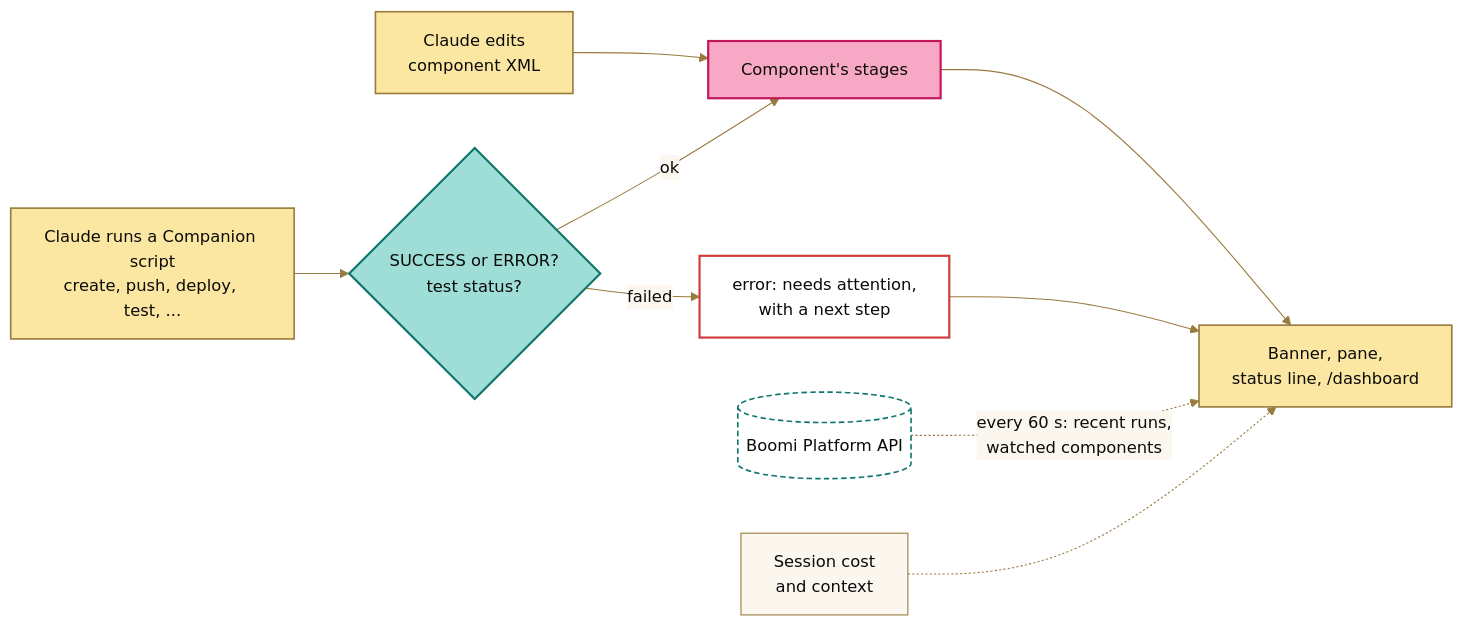
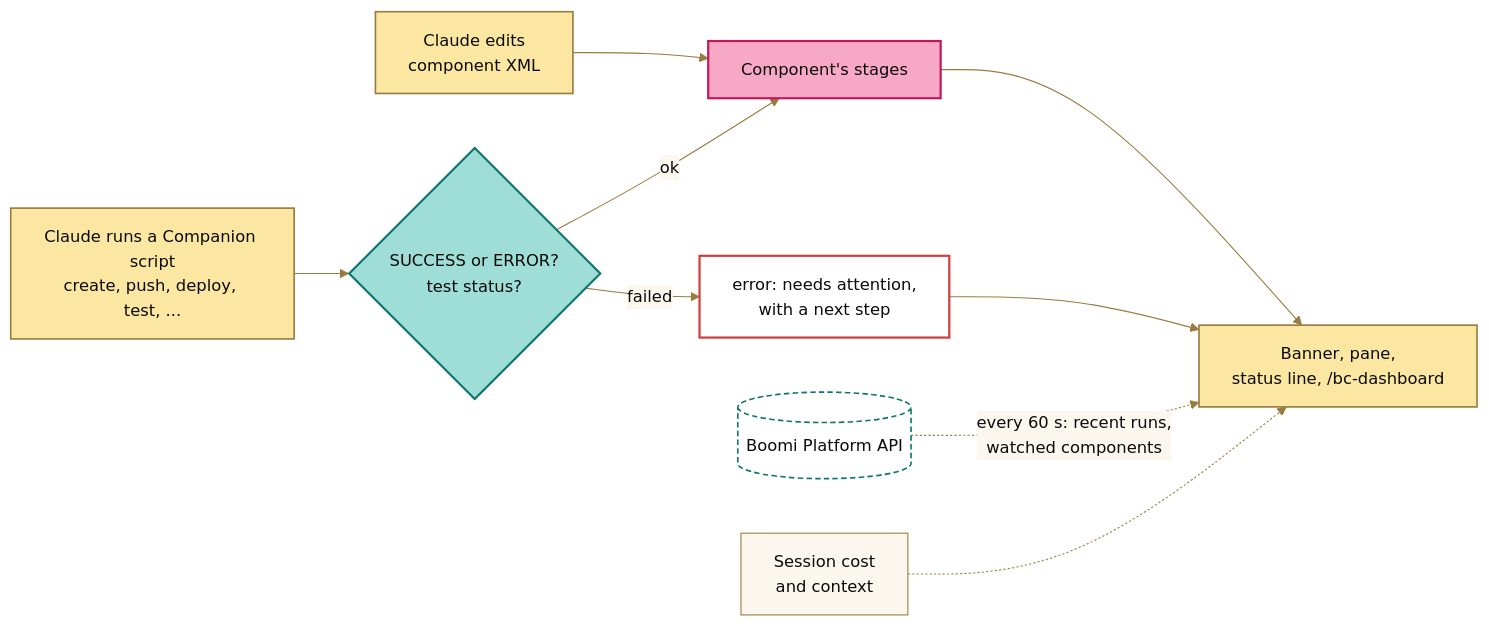
Before and after one commit to brianbrinley/ClaudeMods: the diagram in boomi-dashboard/README.md, drawn with Mermaid. The commit also changed other lines of this file and 5 other files, not shown here.

````diff
--- a/boomi-dashboard/README.md
+++ b/boomi-dashboard/README.md
@@ -77,22 +77,22 @@
 ```mermaid
 %%{init: {"theme": "base", "fontFamily": "Josefin Sans, trebuchet ms, verdana, arial, sans-serif", "themeVariables": {"fontSize": "15px", "background": "#FBF6EE", "primaryColor": "#FBF6EE", "primaryTextColor": "#0B0B0B", "primaryBorderColor": "#9A7B3F", "lineColor": "#9A7B3F", "textColor": "#0B0B0B", "secondaryColor": "#9FDED6", "tertiaryColor": "#FBE7A1", "edgeLabelBackground": "#FBF6EE", "clusterBkg": "#FBF6EE", "clusterBorder": "#9A7B3F", "actorBkg": "#F7A8C4", "actorBorder": "#C2185B", "actorTextColor": "#0B0B0B", "actorLineColor": "#9A7B3F", "signalColor": "#0B0B0B", "signalTextColor": "#0B0B0B", "labelBoxBkgColor": "#FBE7A1", "labelBoxBorderColor": "#9A7B3F", "labelTextColor": "#0B0B0B", "loopTextColor": "#0B0B0B", "noteBkgColor": "#FBE7A1", "noteBorderColor": "#9A7B3F", "noteTextColor": "#0B0B0B", "activationBkgColor": "#9FDED6", "activationBorderColor": "#0F766E", "sequenceNumberColor": "#FBF6EE"}}}%%
 flowchart LR
     W["Claude edits<br/>component XML"] --> R["Component's stages"]
     A["Claude runs a Companion script<br/>create, push, deploy, test, ..."] --> D{"SUCCESS or ERROR?<br/>test status?"}
     D -- ok --> R
     D -- failed --> X["error: needs attention,<br/>with a next step"]
-    R --> S["Banner, pane,<br/>status line, /dashboard"]
+    R --> S["Banner, pane,<br/>status line, /bc-dashboard"]
     X --> S
     P[("Boomi Platform API")] -. "every 60 s: recent runs,<br/>watched components" .-> S
     U["Session cost<br/>and context"] -.-> S
     class R focus
     class D decision
     class W,A,S highlight
     class P external
     class X error
     classDef focus fill:#F7A8C4,stroke:#C2185B,stroke-width:2px,color:#0B0B0B
     classDef decision fill:#9FDED6,stroke:#0F766E,stroke-width:2px,color:#0B0B0B
     classDef highlight fill:#FBE7A1,stroke:#9A7B3F,stroke-width:1.5px,color:#0B0B0B
     classDef external fill:#FFFFFF,stroke:#0F766E,stroke-width:1.5px,stroke-dasharray:5 3,color:#0B0B0B
     classDef error fill:#FFFFFF,stroke:#D03B3B,stroke-width:2px,color:#0B0B0B
 ```
````
